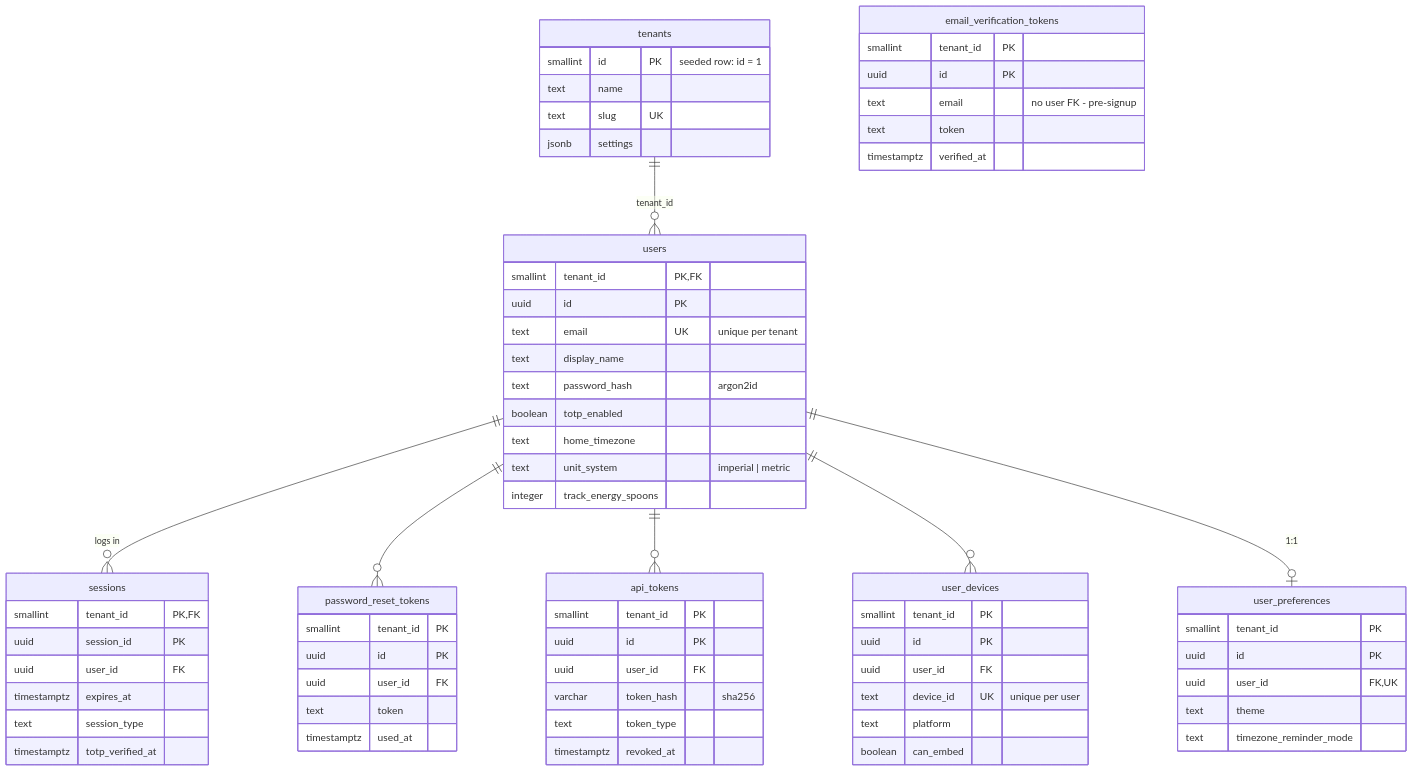
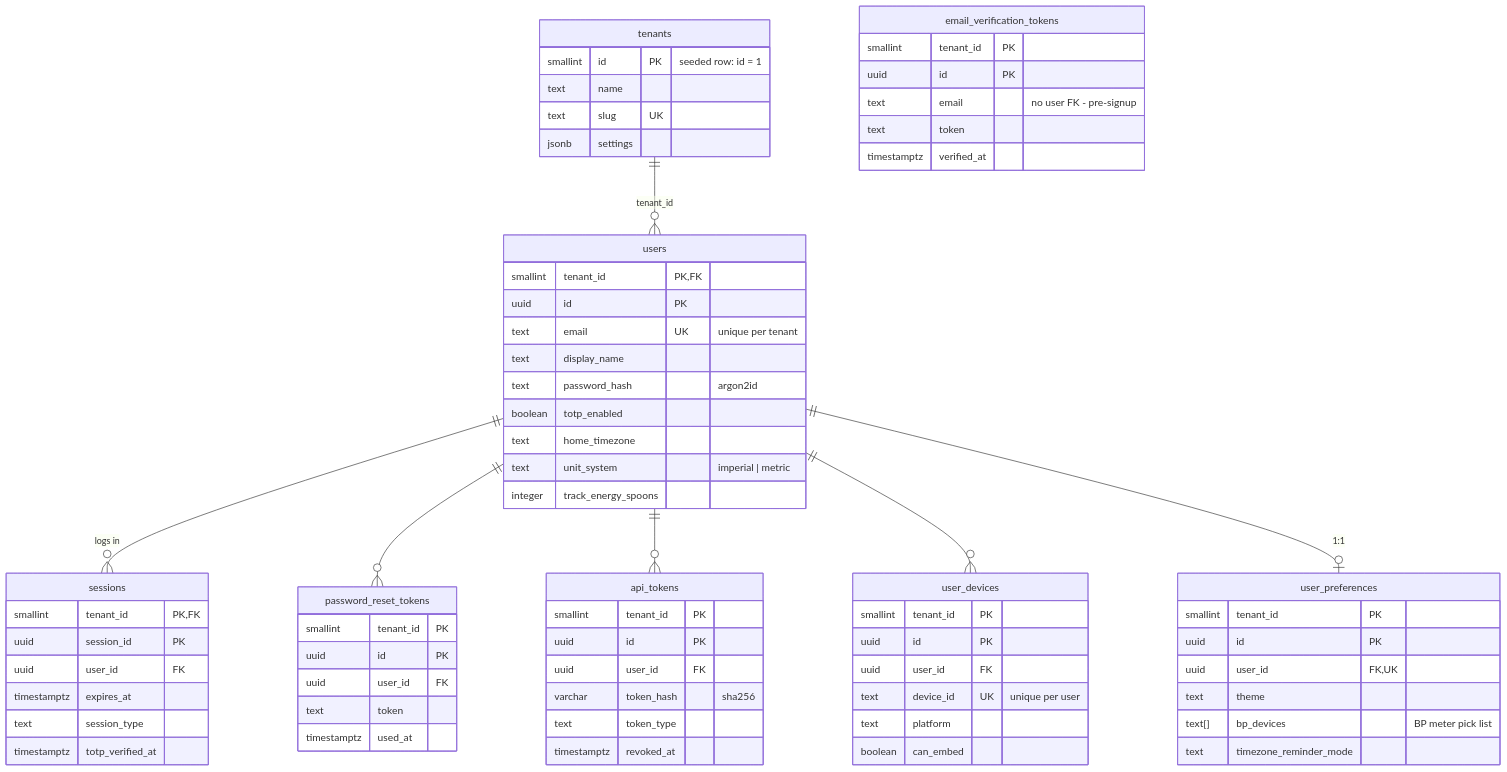
The first of 12 diagrams in DataModel3/HomeDatabaseERD.md (MinowaHealth/HomeEdition), drawn with Mermaid before and after one commit. The commit also changed other lines of this file and 6 other files, not shown here.

First line of the commit message:
Phase 6: schema 11.1.0-home marker, running-box apply script, docs

````diff
--- a/DataModel3/HomeDatabaseERD.md
+++ b/DataModel3/HomeDatabaseERD.md
@@ -18,71 +18,72 @@
 ```mermaid
 erDiagram
     tenants {
         smallint id PK "seeded row: id = 1"
         text name
         text slug UK
         jsonb settings
     }
     users {
         smallint tenant_id PK, FK
         uuid id PK
         text email UK "unique per tenant"
         text display_name
         text password_hash "argon2id"
         boolean totp_enabled
         text home_timezone
         text unit_system "imperial | metric"
         integer track_energy_spoons
     }
     sessions {
         smallint tenant_id PK, FK
         uuid session_id PK
         uuid user_id FK
         timestamptz expires_at
         text session_type
         timestamptz totp_verified_at
     }
     password_reset_tokens {
         smallint tenant_id PK
         uuid id PK
         uuid user_id FK
         text token
         timestamptz used_at
     }
     email_verification_tokens {
         smallint tenant_id PK
         uuid id PK
         text email "no user FK - pre-signup"
         text token
         timestamptz verified_at
     }
     api_tokens {
         smallint tenant_id PK
         uuid id PK
         uuid user_id FK
         varchar token_hash "sha256"
         text token_type
         timestamptz revoked_at
     }
     user_devices {
         smallint tenant_id PK
         uuid id PK
         uuid user_id FK
         text device_id UK "unique per user"
         text platform
         boolean can_embed
     }
     user_preferences {
         smallint tenant_id PK
         uuid id PK
         uuid user_id FK, UK
         text theme
+        text[] bp_devices "BP meter pick list"
         text timezone_reminder_mode
     }
     tenants ||--o{ users : "tenant_id"
     users ||--o{ sessions : "logs in"
     users ||--o{ password_reset_tokens : ""
     users ||--o{ api_tokens : ""
     users ||--o{ user_devices : ""
     users ||--o| user_preferences : "1:1"
 ```
````
